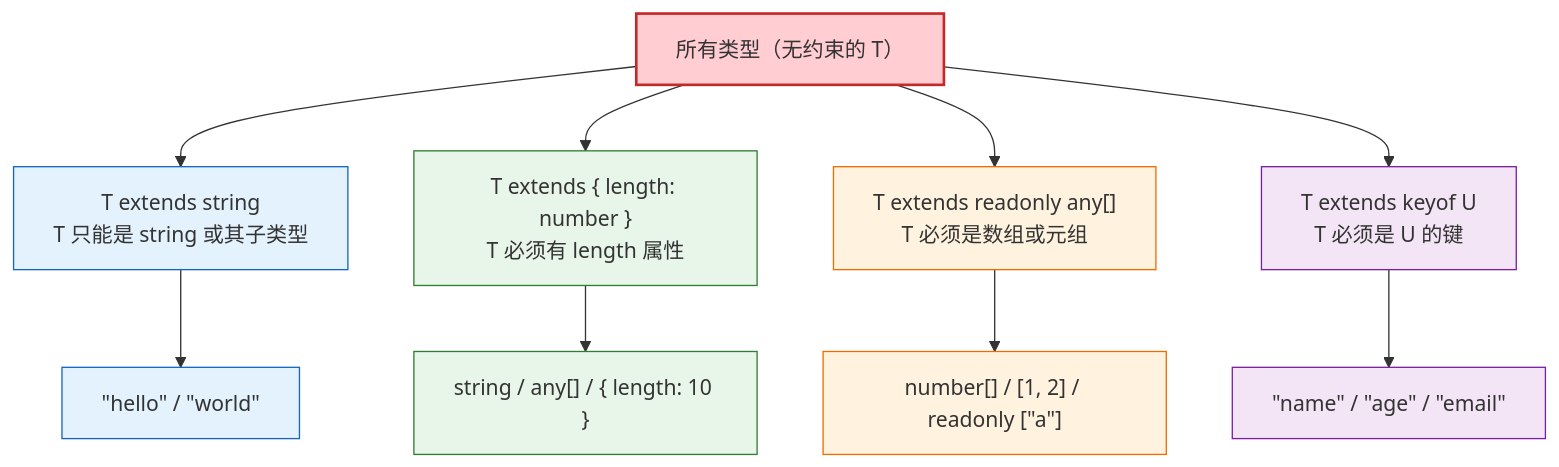
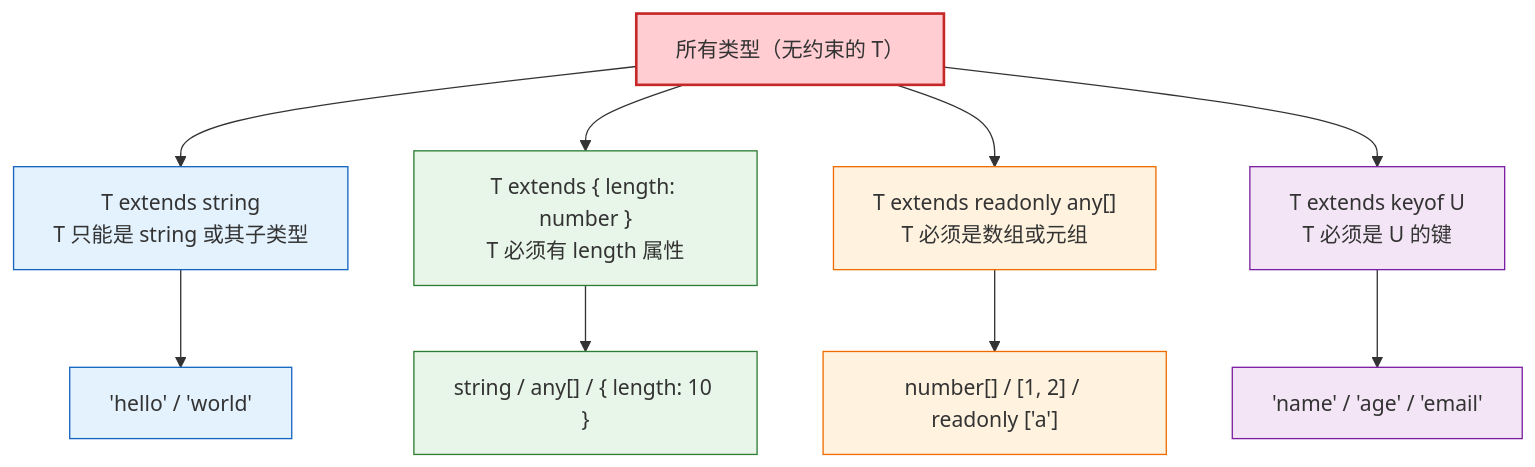
Before and after one commit to Cleam/type-challenges: the second of 4 diagrams in learn/03-generics.md, drawn with Mermaid.

Commit message:
docs: use single quotes in Mermaid diagram for readability

````diff
--- a/learn/03-generics.md
+++ b/learn/03-generics.md
@@ -270,24 +270,24 @@
 ```mermaid
 graph TD
     ANY["所有类型（无约束的 T）"]
 
     ANY --> STR["T extends string<br/>T 只能是 string 或其子类型"]
     ANY --> HAS_LEN["T extends { length: number }<br/>T 必须有 length 属性"]
     ANY --> ARR["T extends readonly any[]<br/>T 必须是数组或元组"]
     ANY --> KEY["T extends keyof U<br/>T 必须是 U 的键"]
 
-    STR --> STR_LIT["&quot;hello&quot; / &quot;world&quot;"]
+    STR --> STR_LIT["'hello' / 'world'"]
     HAS_LEN --> LEN_EX["string / any[] / { length: 10 }"]
-    ARR --> ARR_EX["number[] / [1, 2] / readonly [&quot;a&quot;]"]
-    KEY --> KEY_EX["&quot;name&quot; / &quot;age&quot; / &quot;email&quot;"]
+    ARR --> ARR_EX["number[] / [1, 2] / readonly ['a']"]
+    KEY --> KEY_EX["'name' / 'age' / 'email'"]
 
     style ANY fill:#ffcdd2,stroke:#c62828,stroke-width:2px
     style STR fill:#e3f2fd,stroke:#1565c0
     style HAS_LEN fill:#e8f5e9,stroke:#2e7d32
     style ARR fill:#fff3e0,stroke:#ef6c00
     style KEY fill:#f3e5f5,stroke:#7b1fa2
     style STR_LIT fill:#e3f2fd,stroke:#1565c0
     style LEN_EX fill:#e8f5e9,stroke:#2e7d32
     style ARR_EX fill:#fff3e0,stroke:#ef6c00
     style KEY_EX fill:#f3e5f5,stroke:#7b1fa2
 ```
````
